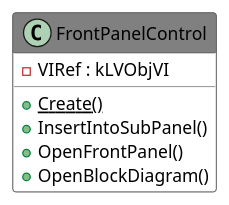
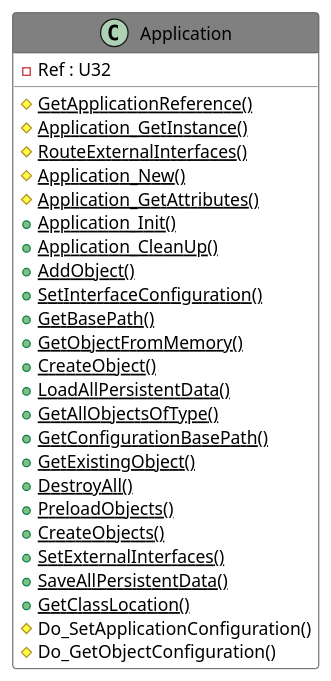
One commit to PatriekBruins/TriekselsoftApplicationFramework changed the second of 2 diagrams in Source/Antidoc-Output/Includes/031.adoc. Above: the diagram before and after it, drawn with PlantUML. The commit also changed other lines of this file and 692 other files, not shown here.

```diff
--- a/Source/Antidoc-Output/Includes/031.adoc
+++ b/Source/Antidoc-Output/Includes/031.adoc
@@ -8,23 +54,43 @@
 [plantuml, format="svg", align="center"]
 ....
 @startuml
 set namespaceSeparator :
 skinparam ClassBackgroundColor #FFFFFF
 skinparam ClassBorderColor #555555
 skinparam ClassFontColor #000000
 skinparam ClassHeaderBackgroundColor #808080
 
 skinparam top to bottom direction
-class "FrontPanelControl" {
-{field} -VIRef : kLVObjVI
-{static} {method} +Create()
-{method} +InsertIntoSubPanel()
-{method} +OpenFrontPanel()
-{method} +OpenBlockDiagram()
+class "Application" {
+{field} -Ref : U32
+{static} {method} #GetApplicationReference()
+{static} {method} #Application_GetInstance()
+{static} {method} #RouteExternalInterfaces()
+{static} {method} #Application_New()
+{static} {method} #Application_GetAttributes()
+{static} {method} +Application_Init()
+{static} {method} +Application_CleanUp()
+{static} {method} +AddObject()
+{static} {method} +SetInterfaceConfiguration()
+{static} {method} +GetBasePath()
+{static} {method} +GetObjectFromMemory()
+{static} {method} +CreateObject()
+{static} {method} +LoadAllPersistentData()
+{static} {method} +GetAllObjectsOfType()
+{static} {method} +GetConfigurationBasePath()
+{static} {method} +GetExistingObject()
+{static} {method} +DestroyAll()
+{static} {method} +PreloadObjects()
+{static} {method} +CreateObjects()
+{static} {method} +SetExternalInterfaces()
+{static} {method} +SaveAllPersistentData()
+{static} {method} +GetClassLocation()
+{method} #Do_SetApplicationConfiguration()
+{method} #Do_GetObjectConfiguration()
 
 }
 
 
 
 @enduml
 ....
```
